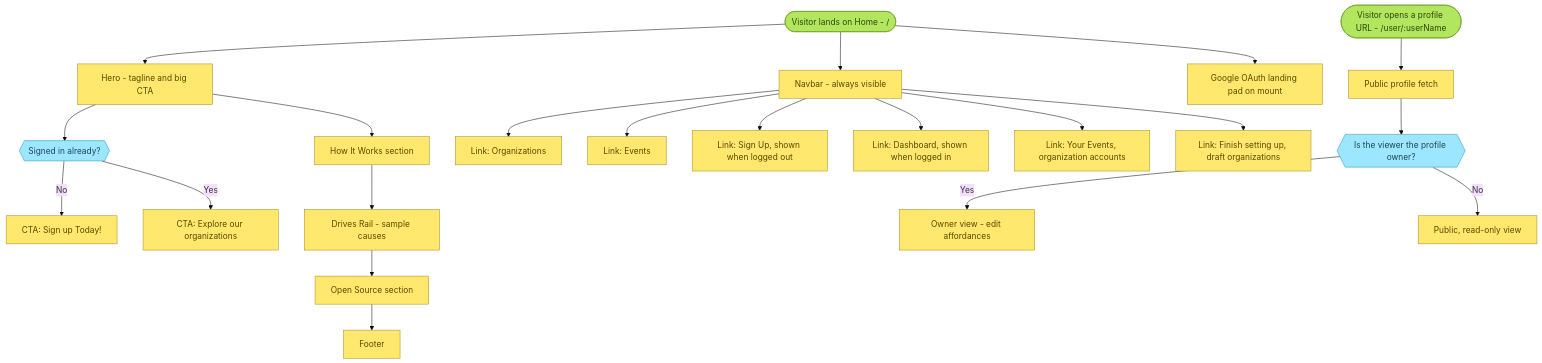
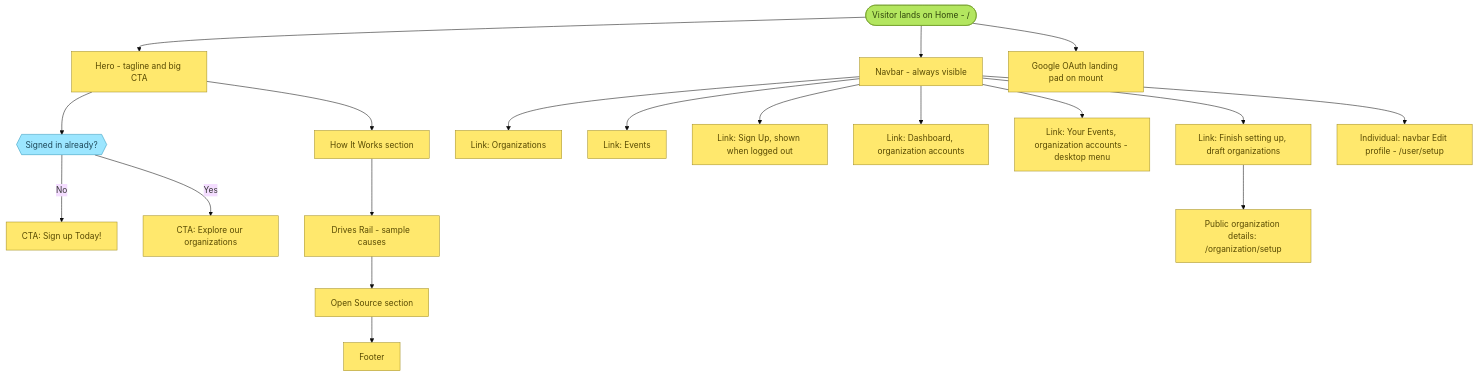
The second of 7 diagrams in docs/specs/user-flows.md (karmacircleCommunity/KarmaCircle), drawn with Mermaid (base theme) before and after one commit. The commit also changed other lines of this file and 62 other files, not shown here.

````diff
--- a/docs/specs/user-flows.md
+++ b/docs/specs/user-flows.md
@@ -88,50 +94,45 @@
 ```mermaid
 flowchart TD
     classDef general fill:#FFE86D,stroke:#A28E26,color:#574900
     classDef decision fill:#9CE6FF,stroke:#2C97BB,color:#1C4657
     classDef terminator fill:#B3E65F,stroke:#6E9A24,color:#2F440B
 
     h_start(["Visitor lands on Home - /"]):::terminator
     h_hero["Hero - tagline and big CTA"]:::general
     h_cta{{"Signed in already?"}}:::decision
     h_cta_signup["CTA: Sign up Today!"]:::general
     h_cta_explore["CTA: Explore our organizations"]:::general
     h_how["How It Works section"]:::general
     h_drives["Drives Rail - sample causes"]:::general
     h_oss["Open Source section"]:::general
     h_footer["Footer"]:::general
     h_navbar["Navbar - always visible"]:::general
     h_nav_orgs["Link: Organizations"]:::general
     h_nav_events["Link: Events"]:::general
     h_nav_signup["Link: Sign Up, shown when logged out"]:::general
-    h_nav_dash["Link: Dashboard, shown when logged in"]:::general
-    h_nav_yourevents["Link: Your Events, organization accounts"]:::general
+    h_nav_dash["Link: Dashboard, organization accounts"]:::general
+    h_nav_yourevents["Link: Your Events, organization accounts - desktop menu"]:::general
     h_nav_finish["Link: Finish setting up, draft organizations"]:::general
     h_oauth["Google OAuth landing pad on mount"]:::general
-    u_start(["Visitor opens a profile URL - /user/:userName"]):::terminator
-    u_fetch["Public profile fetch"]:::general
-    u_owner{{"Is the viewer the profile owner?"}}:::decision
-    u_owner_view["Owner view - edit affordances"]:::general
-    u_public_view["Public, read-only view"]:::general
+    u_personal["Individual: navbar Edit profile - /user/setup"]:::general
+    u_org_record["Public organization details: /organization/setup"]:::general
 
     h_start --> h_hero
     h_hero --> h_cta
     h_cta -->|"No"| h_cta_signup
     h_cta -->|"Yes"| h_cta_explore
     h_hero --> h_how
     h_how --> h_drives
     h_drives --> h_oss
     h_oss --> h_footer
     h_start --> h_navbar
     h_navbar --> h_nav_orgs
     h_navbar --> h_nav_events
     h_navbar --> h_nav_signup
     h_navbar --> h_nav_dash
     h_navbar --> h_nav_yourevents
     h_navbar --> h_nav_finish
     h_start --> h_oauth
-    u_start --> u_fetch
-    u_fetch --> u_owner
-    u_owner -->|"Yes"| u_owner_view
-    u_owner -->|"No"| u_public_view
+    h_navbar --> u_personal
+    h_nav_finish --> u_org_record
 ```
````
